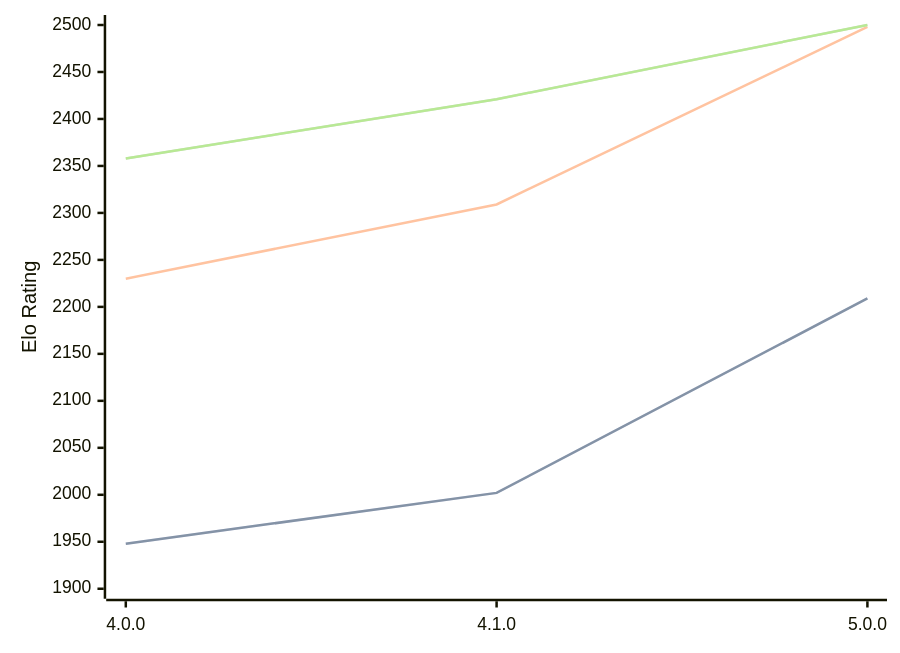
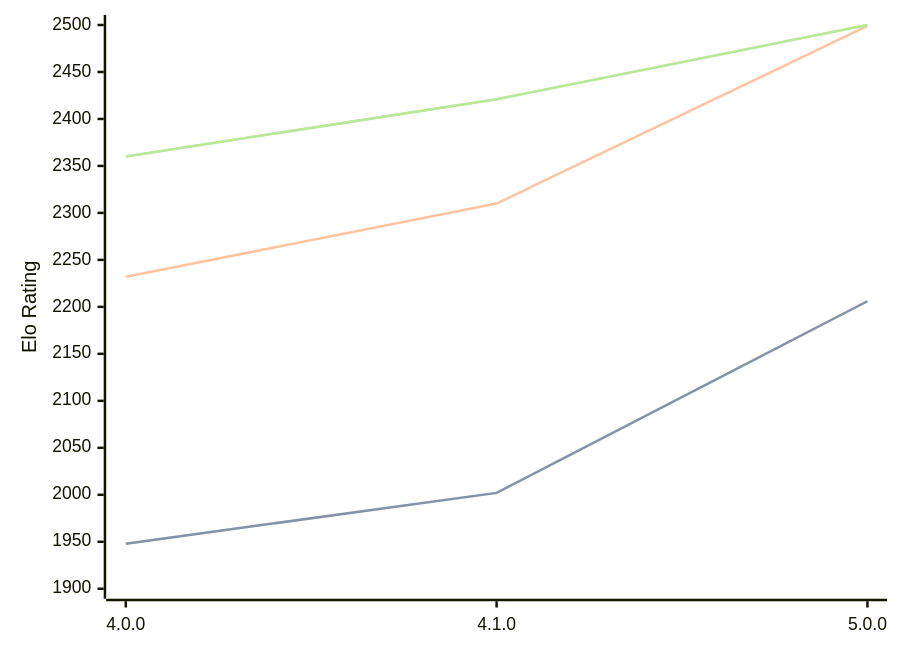
One commit to computer-chess-index/cci changed the diagram in engines/Aconcagua.md. Above: the diagram before and after it, drawn with Mermaid. The commit also changed other lines of this file, not shown here.

Commit message:
Update CCI Ratings (ELO VLTC) - 2026-02-17

````diff
--- a/engines/Aconcagua.md
+++ b/engines/Aconcagua.md
@@ -39,11 +39,11 @@
 ```mermaid
 %%{init: {"theme":"base","themeVariables":{"seriesColors:['#a3a3a3','#222221','#faa371']}}}%%
 xychart-beta
   x-axis ["4.0.0", "4.1.0", "5.0.0"]
   y-axis "Elo Rating" 1900 --> 2500
-  line "STC (8.0+0.08s)" [1948, 2002, 2209]
-  line "STC (8.0+0.08s)" [1948, 2002, 2209]
-  line "LTC (60.0+0.60s)" [2230, 2309, 2498]
-  line "VLTC (2m24s+1.12s)" [2358, 2421, 2500]
-  line "VLTC (2m24s+1.12s)" [2358, 2421, 2500]
+  line "STC (8.0+0.08s)" [1948, 2002, 2206]
+  line "STC (8.0+0.08s)" [1948, 2002, 2206]
+  line "LTC (60.0+0.60s)" [2232, 2310, 2499]
+  line "VLTC (2m24s+1.12s)" [2360, 2421, 2500]
+  line "VLTC (2m24s+1.12s)" [2360, 2421, 2500]
 ```
````
